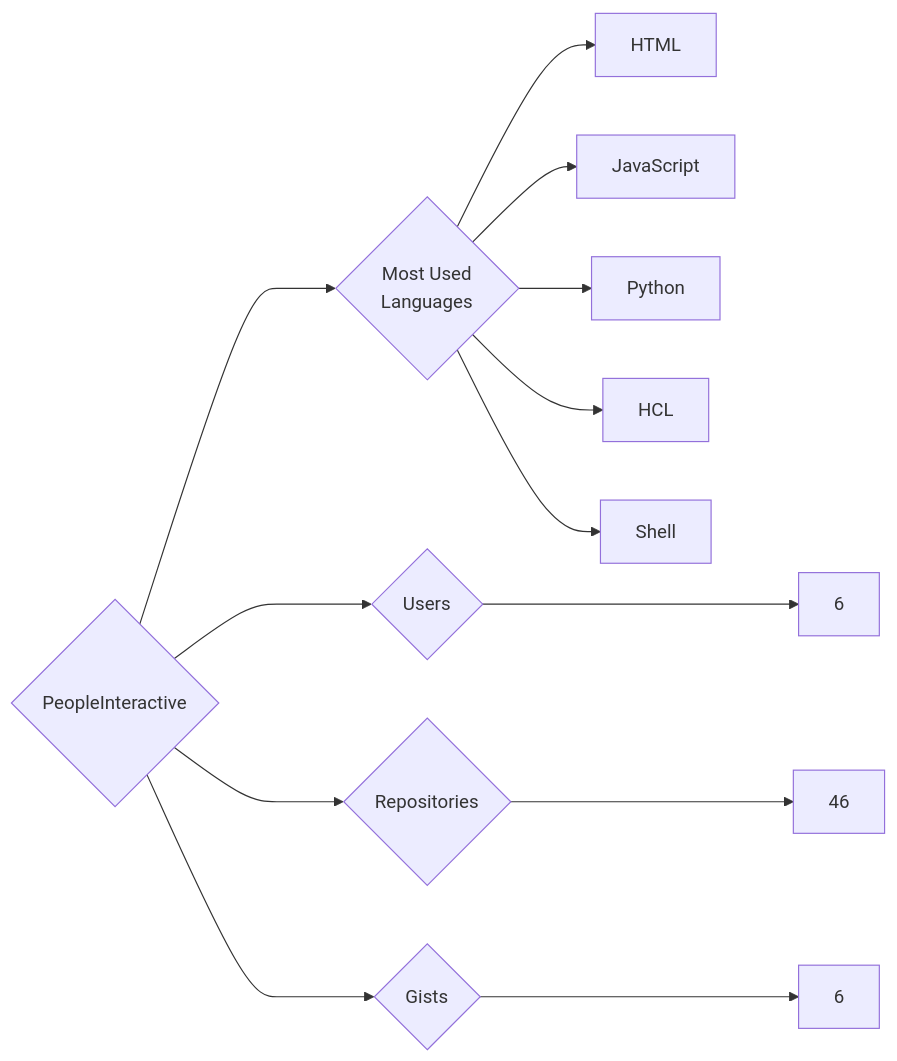
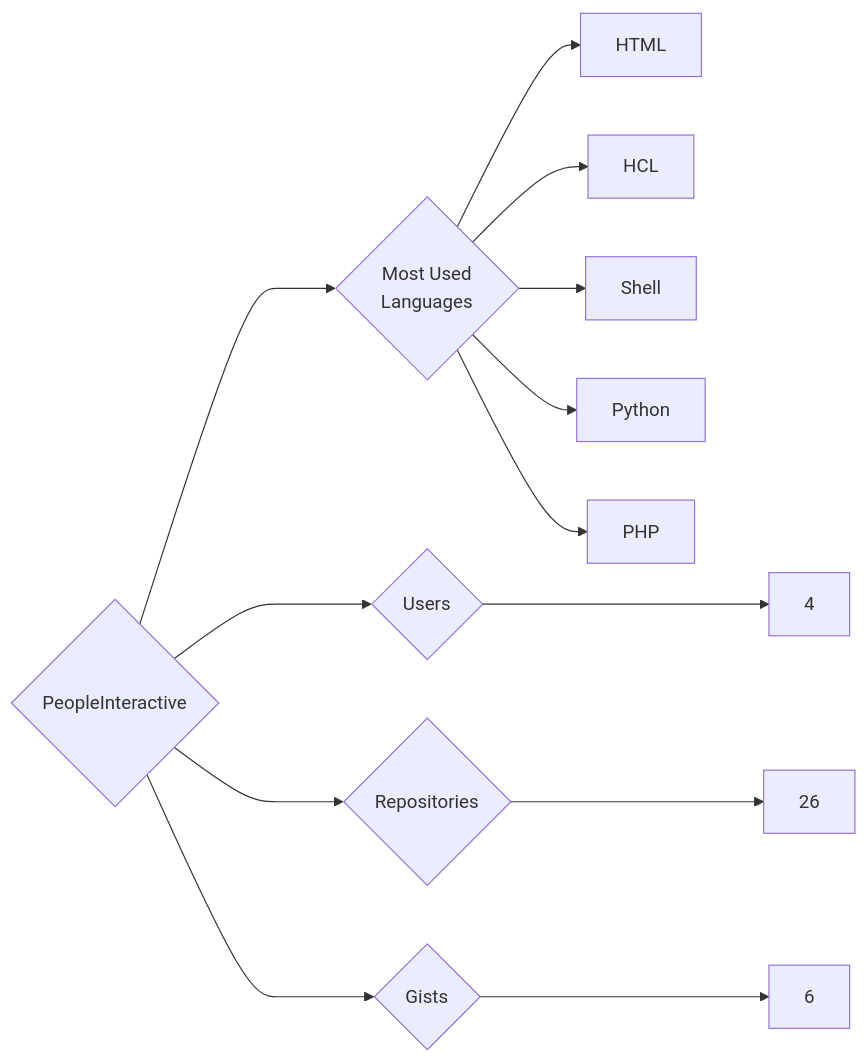
One commit to trickest/insiders changed the diagram in targets/PeopleInteractive/README.md. Above: the diagram before and after it, drawn with Mermaid. The commit also changed 939 other files, not shown here.

````diff
--- a/targets/PeopleInteractive/README.md
+++ b/targets/PeopleInteractive/README.md
@@ -3,13 +3,13 @@
 ```mermaid
 graph LR
 COMPANY_NAME{PeopleInteractive}
-COMPANY_NAME ---> U{Users} ---> UN[6]
-COMPANY_NAME ---> R{Repositories} ---> RN[46]
+COMPANY_NAME ---> U{Users} ---> UN[4]
+COMPANY_NAME ---> R{Repositories} ---> RN[26]
 COMPANY_NAME ---> G{Gists} ---> GN[6]
 COMPANY_NAME ---> ML{Most Used<br>Languages}
 ML --> HTML[HTML]
-ML --> JavaScript[JavaScript]
-ML --> Python[Python]
 ML --> HCL[HCL]
 ML --> Shell[Shell]
+ML --> Python[Python]
+ML --> PHP[PHP]
 ```
````
